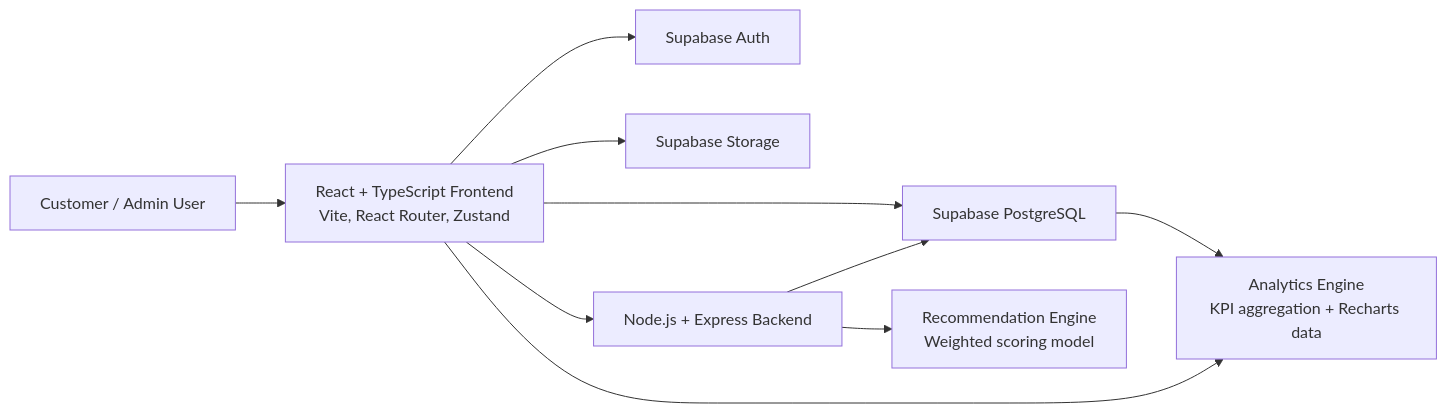
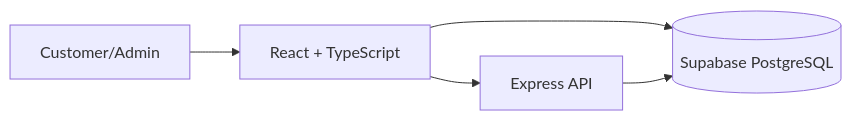
The diagram in README.md (Shahdabukishik/WOW-Cookies), drawn with Mermaid before and after one commit. The commit also changed other lines of this file, not shown here.

````diff
--- a/README.md
+++ b/README.md
@@ -81,21 +145,13 @@
 ```mermaid
 flowchart LR
-  User["Customer / Admin User"]
-  Frontend["React + TypeScript Frontend<br/>Vite, React Router, Zustand"]
-  SupabaseAuth["Supabase Auth"]
-  SupabaseDB["Supabase PostgreSQL"]
-  SupabaseStorage["Supabase Storage"]
-  Backend["Node.js + Express Backend"]
-  RecommendationEngine["Recommendation Engine<br/>Weighted scoring model"]
-  AnalyticsEngine["Analytics Engine<br/>KPI aggregation + Recharts data"]
 
-  User --> Frontend
-  Frontend --> SupabaseAuth
-  Frontend --> SupabaseDB
-  Frontend --> SupabaseStorage
-  Frontend --> Backend
-  Backend --> RecommendationEngine
-  Backend --> SupabaseDB
-  SupabaseDB --> AnalyticsEngine
-  Frontend --> AnalyticsEngine
+User[Customer/Admin]
+Frontend[React + TypeScript]
+Backend[Express API]
+Supabase[(Supabase PostgreSQL)]
+
+User --> Frontend
+Frontend --> Backend
+Frontend --> Supabase
+Backend --> Supabase
 ```
````
